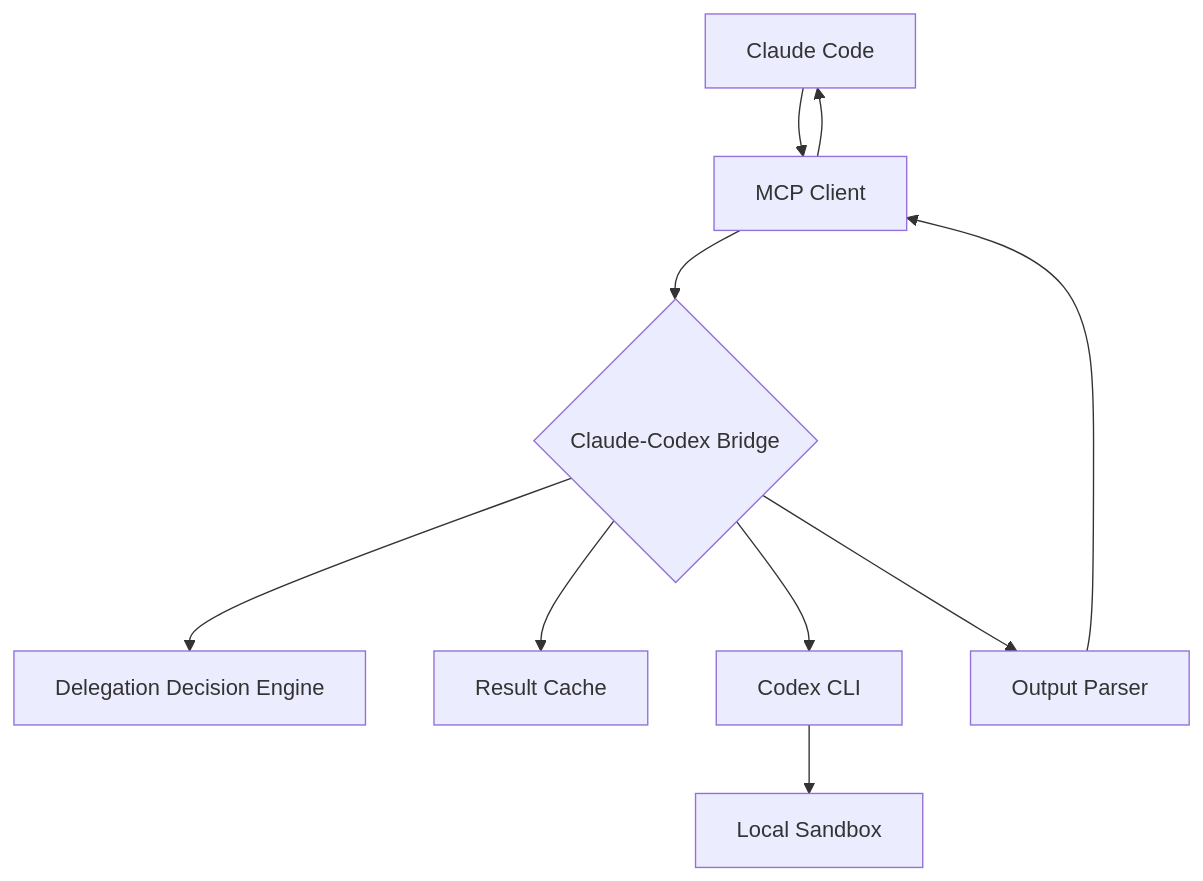
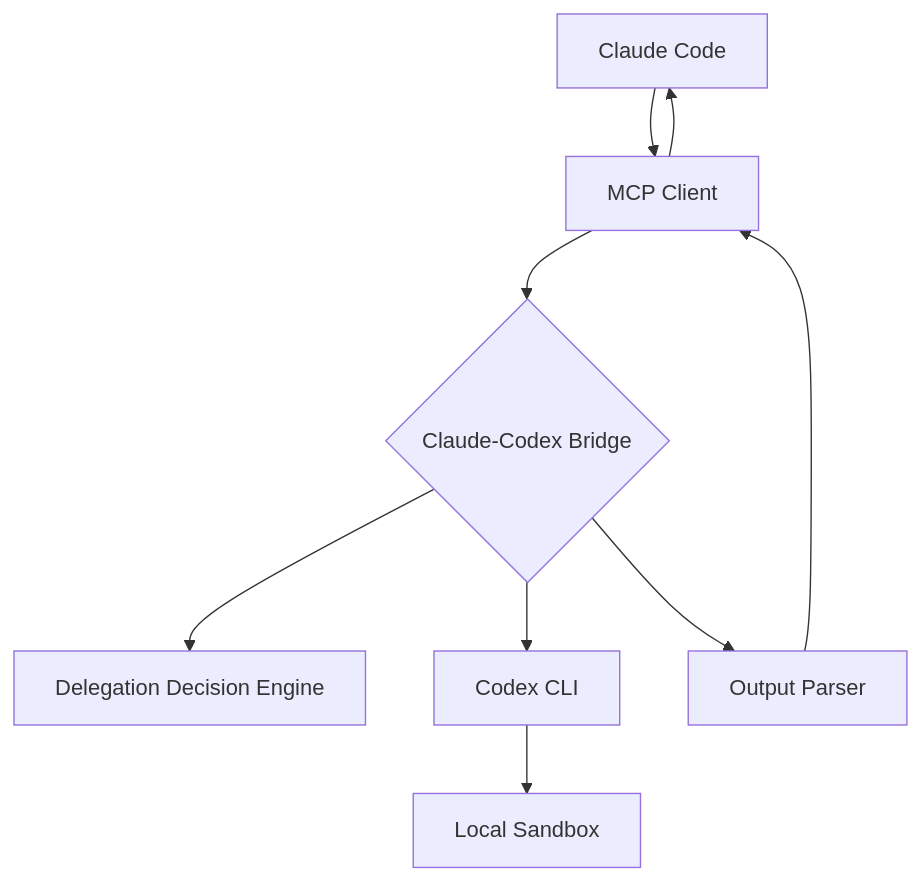
One commit to bianoengpeng/claude-codex-bridge changed the second of 2 diagrams in README.md. Above: the diagram before and after it, drawn with Mermaid. The commit also changed other lines of this file and 4 other files, not shown here.

````diff
--- a/README.md
+++ b/README.md
@@ -49,15 +49,14 @@
 ```mermaid
 graph TD
     A[Claude Code] --> B[MCP Client]
     B --> C{Claude-Codex Bridge}
 
     C --> D[Delegation Decision Engine]
-    C --> E[Result Cache]
 
     C --> G[Codex CLI]
     G --> H[Local Sandbox]
 
     C --> I[Output Parser]
     I --> B
     B --> A
 ```
````
